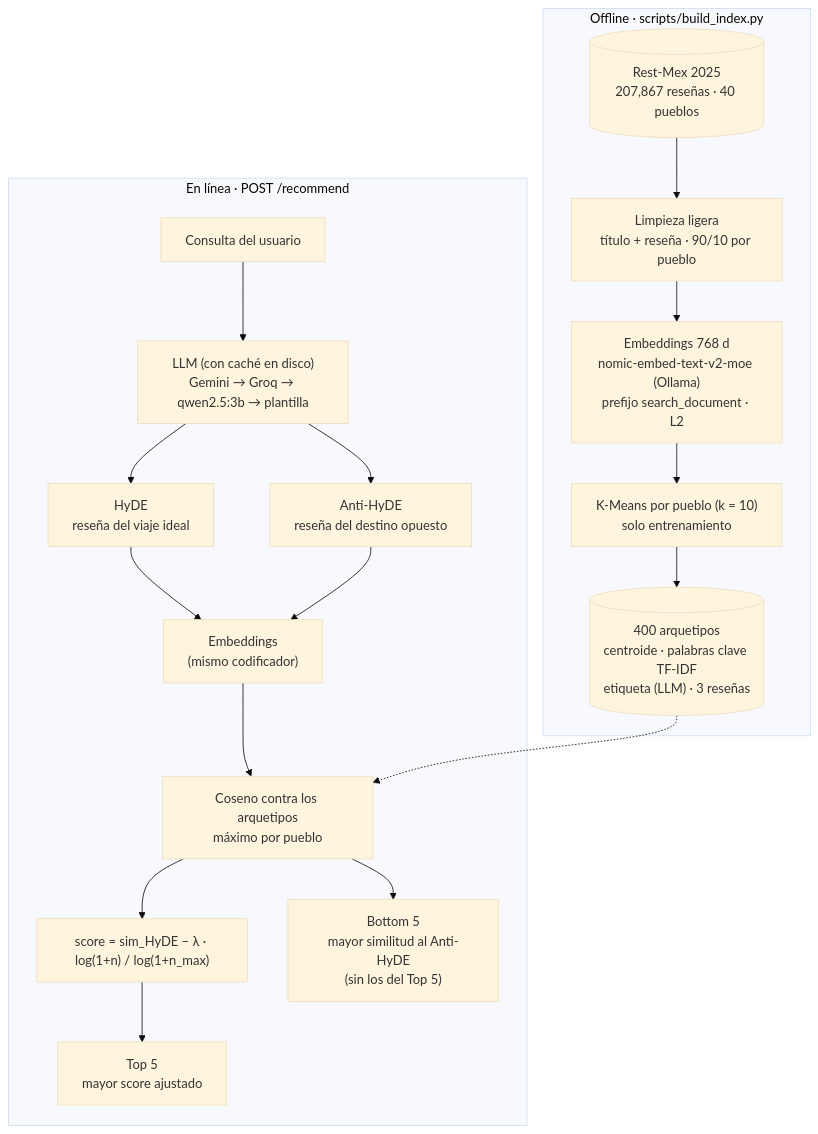
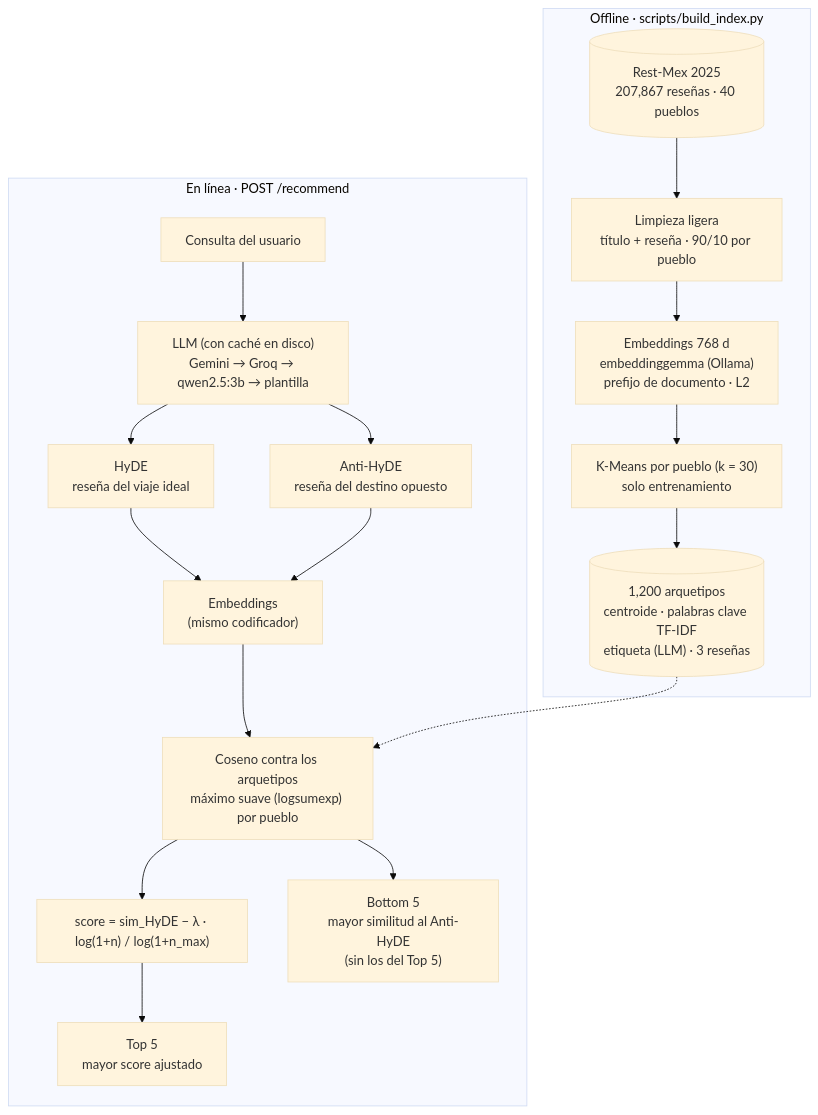
Before and after one commit to Nohred/Resmex_Recommendation: the diagram in README.md, drawn with Mermaid (base theme). The commit also changed other lines of this file and 35 other files, not shown here.

````diff
--- a/README.md
+++ b/README.md
@@ -29,21 +29,21 @@
 ```mermaid
 flowchart TD
     subgraph OFF["Offline · scripts/build_index.py"]
         A[("Rest-Mex 2025<br/>207,867 reseñas · 40 pueblos")] --> B["Limpieza ligera<br/>título + reseña · 90/10 por pueblo"]
-        B --> C["Embeddings 768 d<br/>nomic-embed-text-v2-moe (Ollama)<br/>prefijo search_document · L2"]
-        C --> D["K-Means por pueblo (k = 10)<br/>solo entrenamiento"]
-        D --> E[("400 arquetipos<br/>centroide · palabras clave TF-IDF<br/>etiqueta (LLM) · 3 reseñas")]
+        B --> C["Embeddings 768 d<br/>embeddinggemma (Ollama)<br/>prefijo de documento · L2"]
+        C --> D["K-Means por pueblo (k = 30)<br/>solo entrenamiento"]
+        D --> E[("1,200 arquetipos<br/>centroide · palabras clave TF-IDF<br/>etiqueta (LLM) · 3 reseñas")]
     end
     subgraph ON["En línea · POST /recommend"]
         Q["Consulta del usuario"] --> L["LLM (con caché en disco)<br/>Gemini → Groq → qwen2.5:3b → plantilla"]
         L --> H["HyDE<br/>reseña del viaje ideal"]
         L --> AH["Anti-HyDE<br/>reseña del destino opuesto"]
         H --> V["Embeddings<br/>(mismo codificador)"]
         AH --> V
-        V --> S["Coseno contra los arquetipos<br/>máximo por pueblo"]
+        V --> S["Coseno contra los arquetipos<br/>máximo suave (logsumexp) por pueblo"]
         S --> P["score = sim_HyDE − λ · log(1+n) / log(1+n_max)"]
         P --> T["Top 5<br/>mayor score ajustado"]
         S --> BT["Bottom 5<br/>mayor similitud al Anti-HyDE<br/>(sin los del Top 5)"]
     end
     E -.-> S
 ```
````
